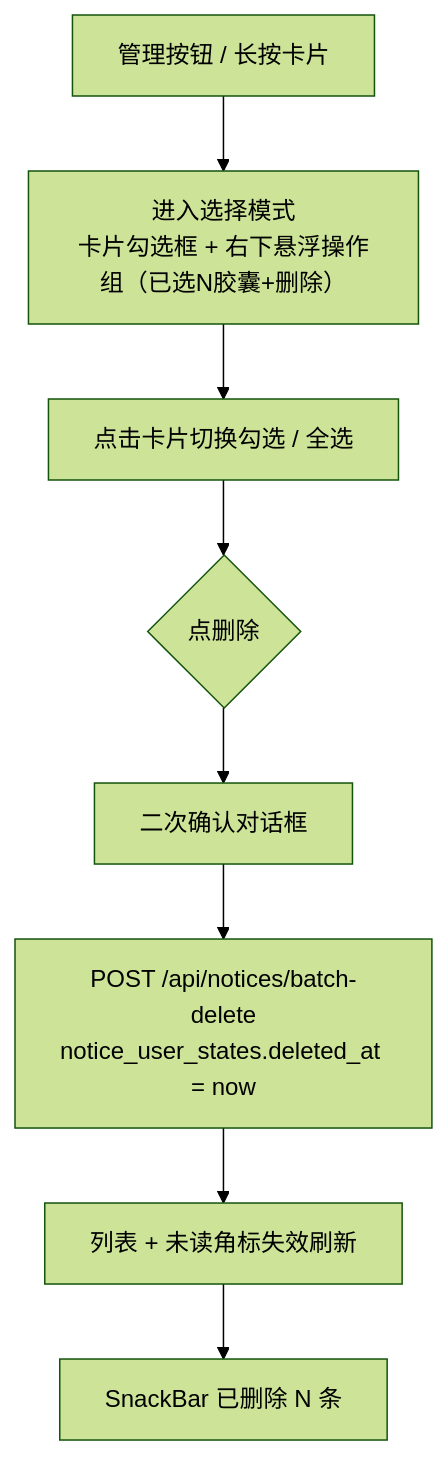
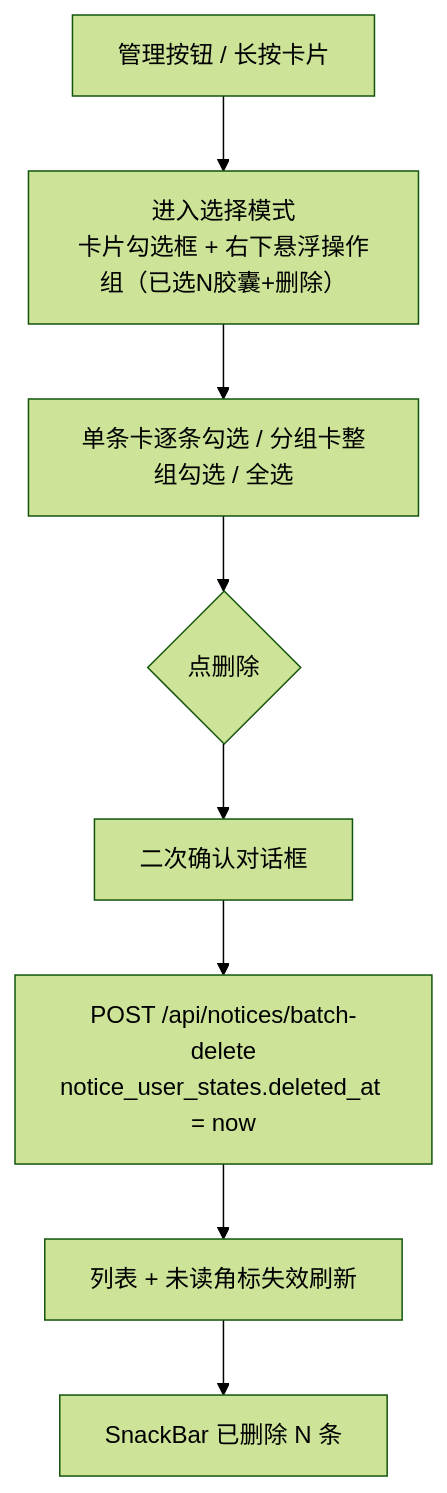
The third of 3 diagrams in docs/03-页面/通知列表页.md (BruceChu0424/utenelec_imp), drawn with Mermaid (forest theme) before and after one commit. The commit also changed other lines of this file and 47 other files, not shown here.

````diff
--- a/docs/03-页面/通知列表页.md
+++ b/docs/03-页面/通知列表页.md
@@ -165,10 +190,10 @@
 ```mermaid
 flowchart TD
     M[管理按钮 / 长按卡片] --> SEL[进入选择模式<br/>卡片勾选框 + 右下悬浮操作组（已选N胶囊+删除）]
-    SEL --> TAP[点击卡片切换勾选 / 全选]
+    SEL --> TAP[单条卡逐条勾选 / 分组卡整组勾选 / 全选]
     TAP --> DEL{点删除}
     DEL --> CONF[二次确认对话框]
     CONF --> API[POST /api/notices/batch-delete<br/>notice_user_states.deleted_at = now]
     API --> REF[列表 + 未读角标失效刷新]
     REF --> SB[SnackBar 已删除 N 条]
 ```
````
